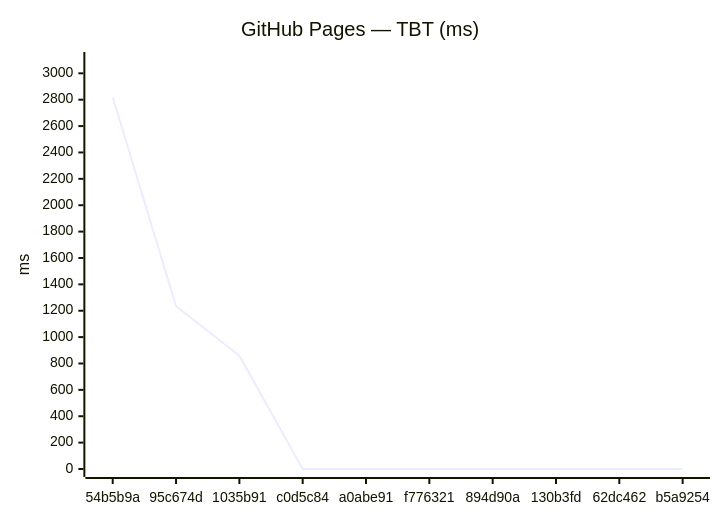
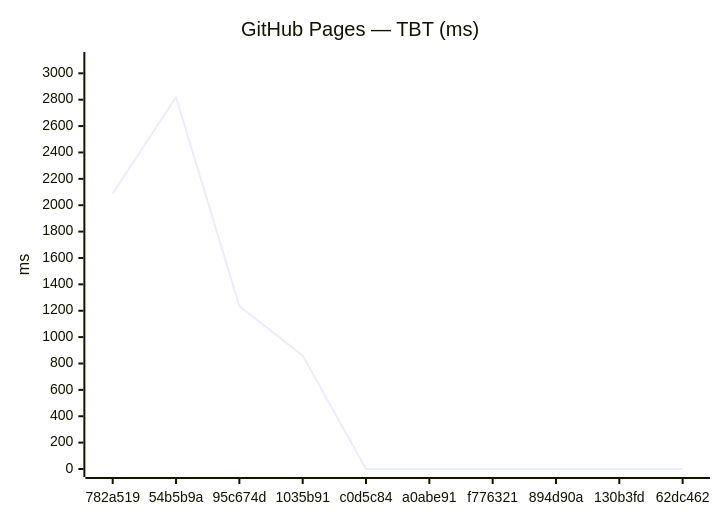
Before and after one commit to Metaheurist/Rianell: the fourth of 18 diagrams in benchmarks/compare.md, drawn with Mermaid. The commit also changed other lines of this file and 11 other files, not shown here.

````diff
--- a/benchmarks/compare.md
+++ b/benchmarks/compare.md
@@ -61,7 +61,7 @@
 ```mermaid
 xychart-beta
     title "GitHub Pages — TBT (ms)"
-    x-axis ["54b5b9a", "95c674d", "1035b91", "c0d5c84", "a0abe91", "f776321", "894d90a", "130b3fd", "62dc462", "b5a9254"]
+    x-axis ["782a519", "54b5b9a", "95c674d", "1035b91", "c0d5c84", "a0abe91", "f776321", "894d90a", "130b3fd", "62dc462"]
     y-axis "ms" 0 --> 3101
-    line [2819, 1235, 859, 0, 0, 0, 0, 0, 0, 0]
+    line [2090, 2819, 1235, 859, 0, 0, 0, 0, 0, 0]
 ```
````
